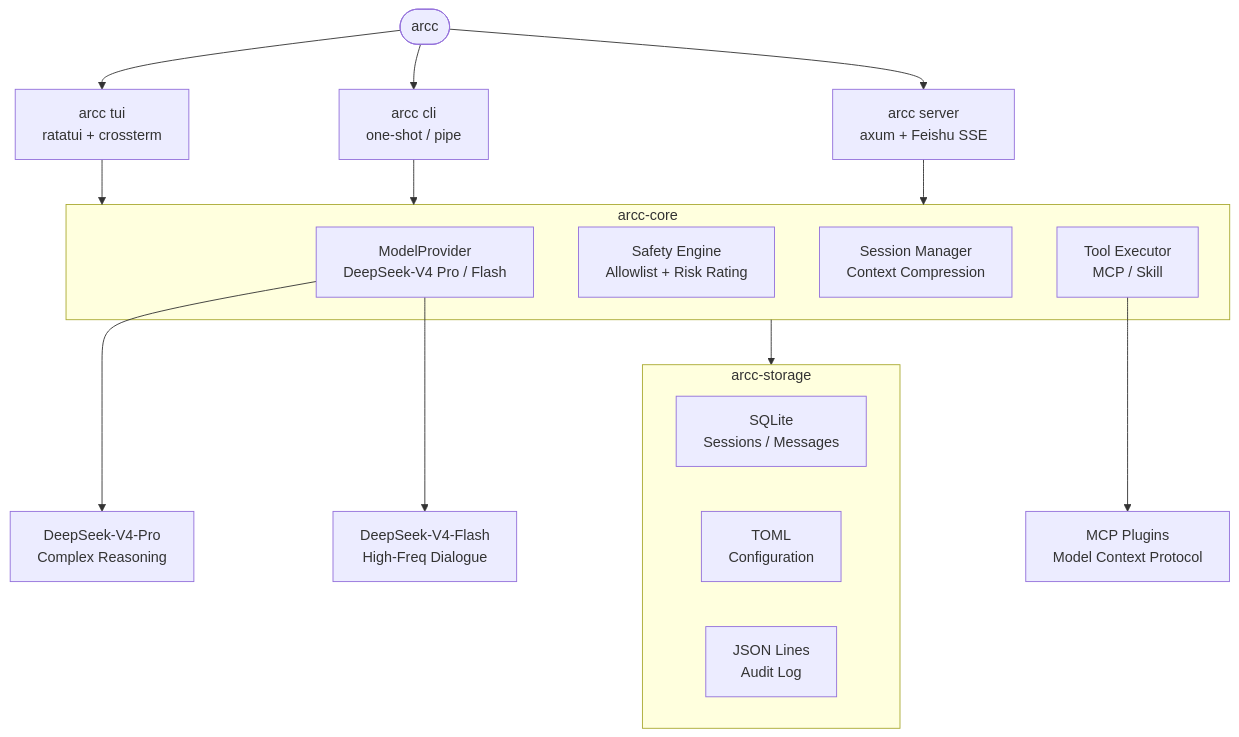
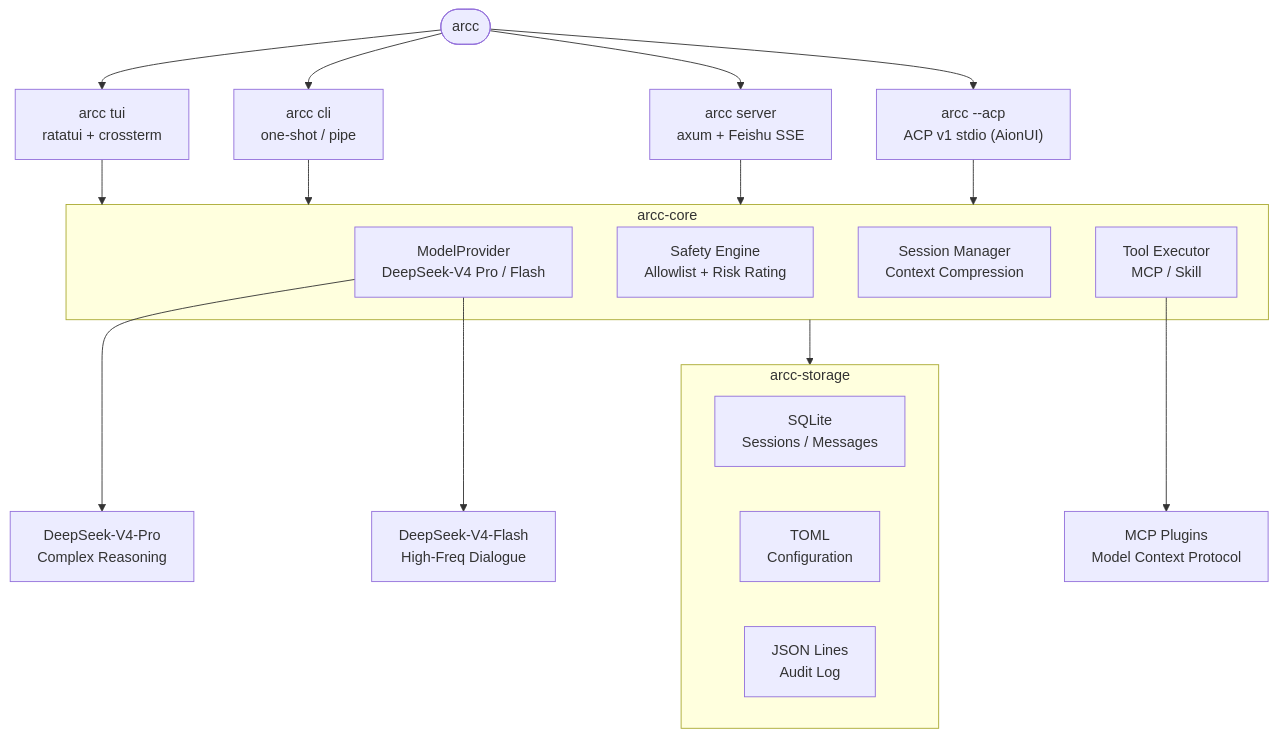
One commit to niyongsheng/arcc changed the diagram in README.md. Above: the diagram before and after it, drawn with Mermaid. The commit also changed other lines of this file and 1 other file, not shown here.

Commit message:
docs: add ACP mode tutorial
Add doc/tutorial/acp-tutorial.md (Chinese) covering `arcc --acp`
usage, ACP client registration, capabilities and permissions;
link it from the Running Modes table and add the ACP branch to
the architecture diagram.

````diff
--- a/README.md
+++ b/README.md
@@ -73,30 +73,32 @@
 ```mermaid
 flowchart TB
     Entry(["arcc"]) --> TUI["arcc tui<br/>ratatui + crossterm"]
     Entry --> CLI["arcc cli<br/>one-shot / pipe"]
     Entry --> Server["arcc server<br/>axum + Feishu SSE"]
+    Entry --> ACP["arcc --acp<br/>ACP v1 stdio (AionUI)"]
 
     TUI --> Core["arcc-core"]
     CLI --> Core
     Server --> Core
+    ACP --> Core
 
     subgraph Core["arcc-core"]
         Model["ModelProvider<br/>DeepSeek-V4 Pro / Flash"]
         Safety["Safety Engine<br/>Allowlist + Risk Rating"]
         Session["Session Manager<br/>Context Compression"]
         Tools["Tool Executor<br/>MCP / Skill"]
     end
 
     Model --> DeepSeekPro["DeepSeek-V4-Pro<br/>Complex Reasoning"]
     Model --> DeepSeekFlash["DeepSeek-V4-Flash<br/>High-Freq Dialogue"]
 
     Core --> Storage["arcc-storage"]
     
     subgraph Storage["arcc-storage"]
         SQLite["SQLite<br/>Sessions / Messages"]
         Config["TOML<br/>Configuration"]
         Audit["JSON Lines<br/>Audit Log"]
     end
 
     Tools --> MCP["MCP Plugins<br/>Model Context Protocol"]
 ```
````
